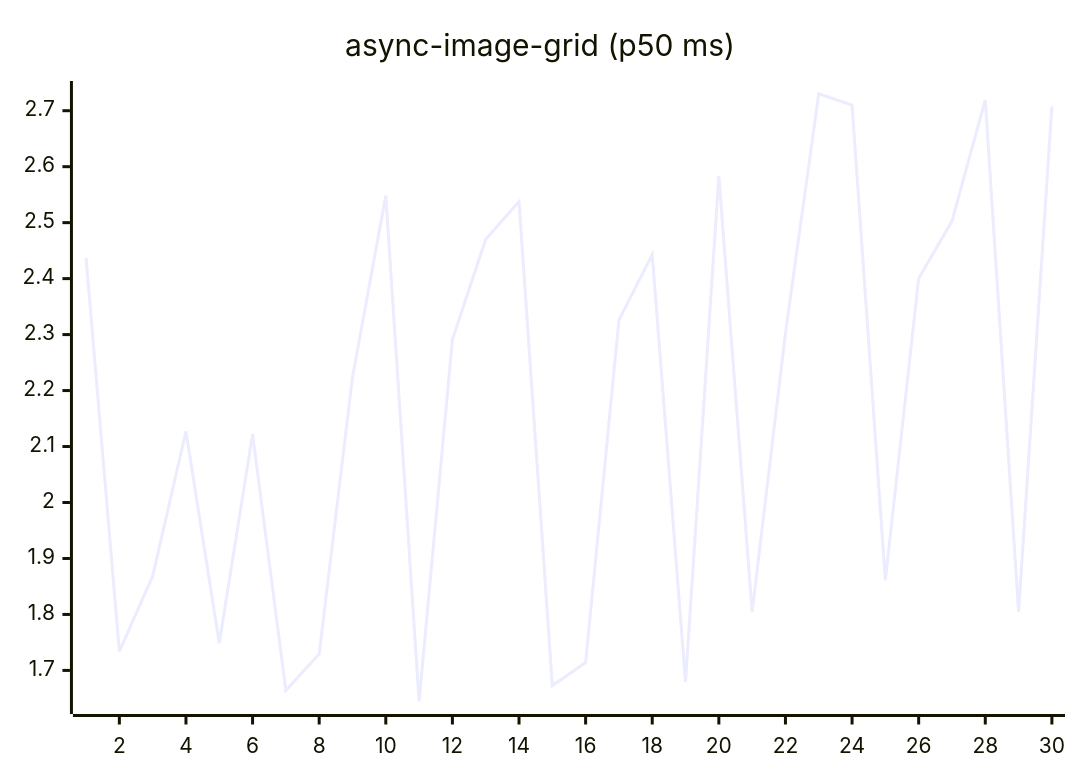
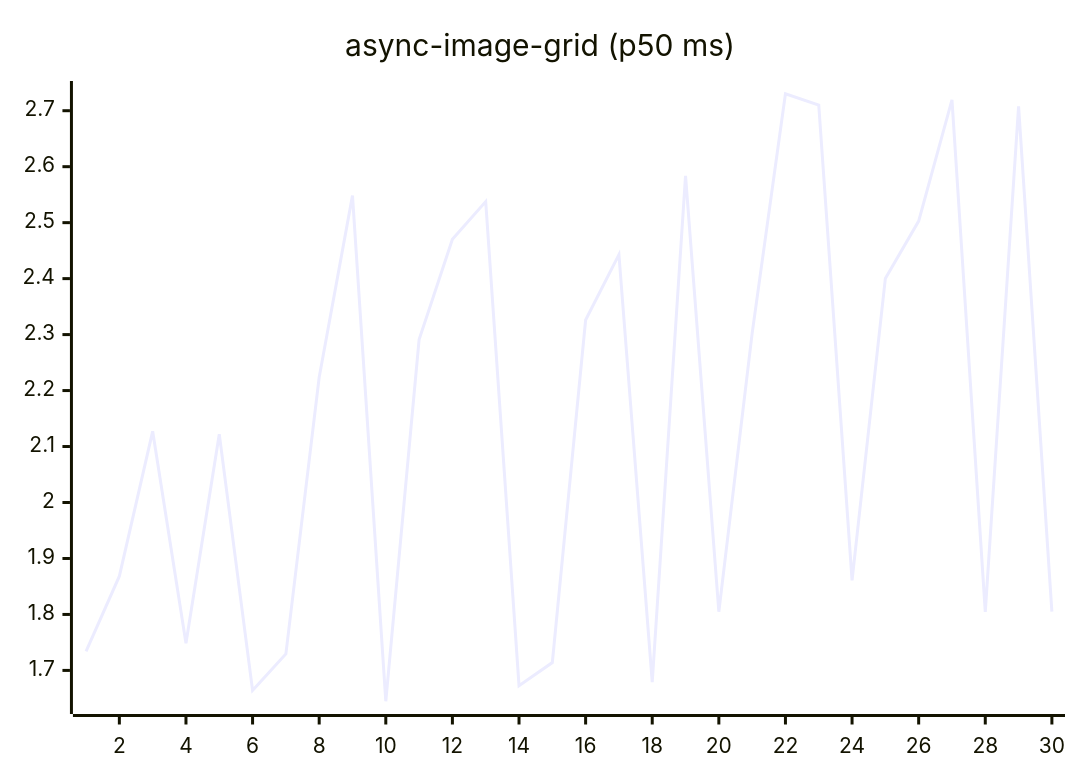
The fifth of 27 diagrams in README.md (josha/Facet), drawn with Mermaid before and after one commit. The commit also changed other lines of this file and 2 other files, not shown here.

````diff
--- a/README.md
+++ b/README.md
@@ -91,6 +91,6 @@
 ```mermaid
 xychart-beta
     title "async-image-grid (p50 ms)"
     x-axis 1 --> 30
-    line [2.4372, 1.7341, 1.8684, 2.1272, 1.7487, 2.1221, 1.6642, 1.7295, 2.2238, 2.5483, 1.6449, 2.2910, 2.4702, 2.5376, 1.6727, 1.7140, 2.3260, 2.4429, 1.6792, 2.5838, 1.8048, 2.3022, 2.7303, 2.7101, 1.8610, 2.4003, 2.5028, 2.7193, 1.8045, 2.7079]
+    line [1.7341, 1.8684, 2.1272, 1.7487, 2.1221, 1.6642, 1.7295, 2.2238, 2.5483, 1.6449, 2.2910, 2.4702, 2.5376, 1.6727, 1.7140, 2.3260, 2.4429, 1.6792, 2.5838, 1.8048, 2.3022, 2.7303, 2.7101, 1.8610, 2.4003, 2.5028, 2.7193, 1.8045, 2.7079, 1.8049]
 ```
````
